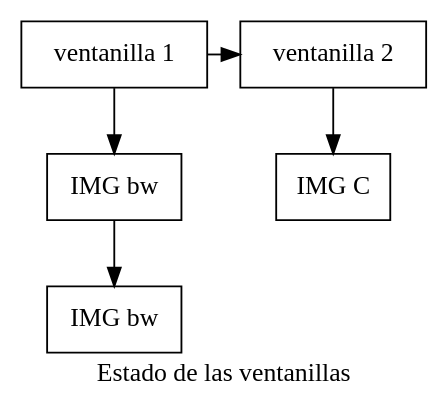
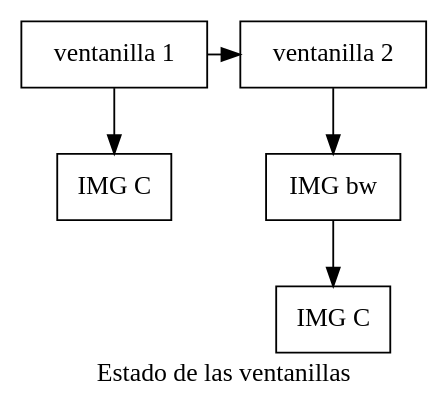
One commit to Kelly901/EDD_PROYECTO_FASE1_201900716 changed the diagram in [EDD]PROYECTO_FASE1_201900716/Proyecto1_Edd/ventanilla.dot. Above: the diagram before and after it, drawn with Graphviz. The commit also changed 24 other files, not shown here.

```diff
--- a/[EDD]PROYECTO_FASE1_201900716/Proyecto1_Edd/ventanilla.dot
+++ b/[EDD]PROYECTO_FASE1_201900716/Proyecto1_Edd/ventanilla.dot
@@ -1,16 +1,16 @@
 digraph G{
 label="Estado de las ventanillas";
 node[shape=box];
-nV895328852[label="ventanilla 1"];
-nP225534817[label="IMG bw"];
-nP1878246837[label="IMG bw"];
-nV1304836502[label="ventanilla 2"];
-nP929338653[label="IMG C"];
+nV149928006[label="ventanilla 1"];
+nP168423058[label="IMG C"];
+nV713338599[label="ventanilla 2"];
+nP821270929[label="IMG bw"];
+nP1160460865[label="IMG C"];
 
-nV895328852->nV1304836502;
-nV895328852->nP225534817;
-nP225534817->nP1878246837;
-nV1304836502->nP929338653;
+nV149928006->nV713338599;
+nV149928006->nP168423058;
+nV713338599->nP821270929;
+nP821270929->nP1160460865;
 
-{rank=same;nV895328852;nV1304836502;}
+{rank=same;nV149928006;nV713338599;}
 }
```
